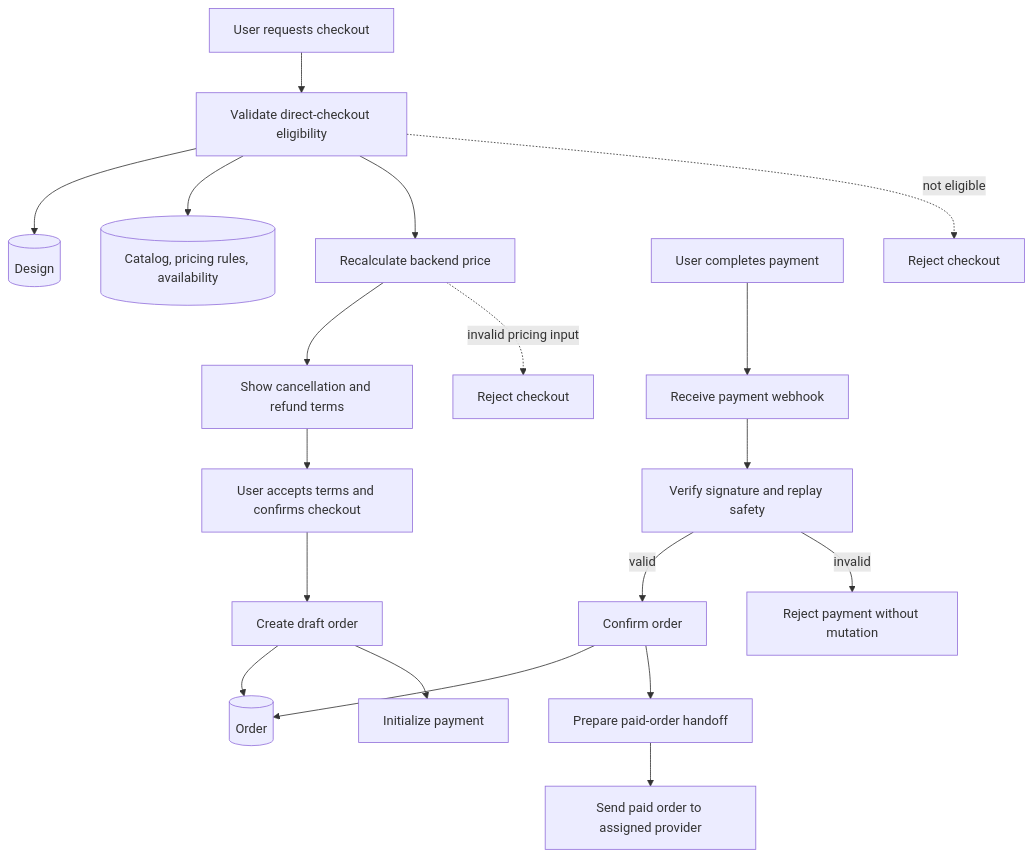
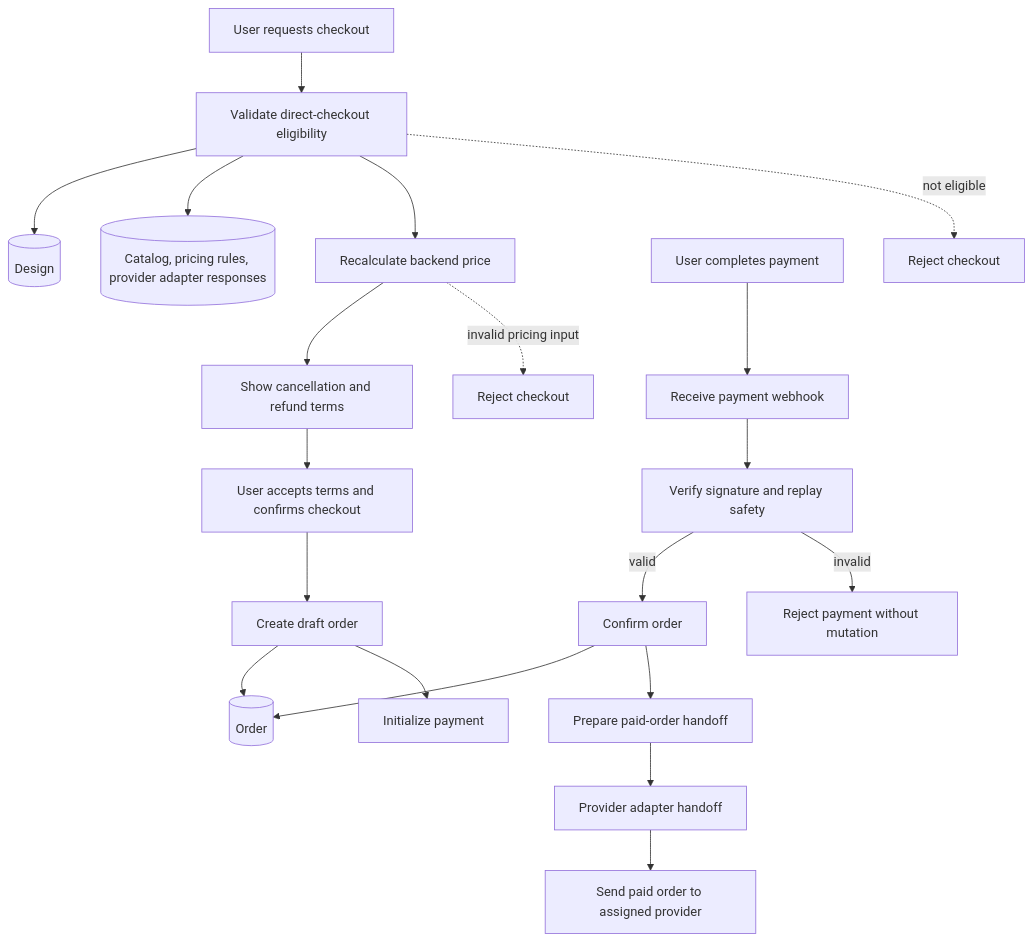
One commit to jovillal/placamia changed the diagram in docs/flows/checkout-flow.md. Above: the diagram before and after it, drawn with Mermaid. The commit also changed other lines of this file and 18 other files, not shown here.

Commit message:
docs: define provider adapter contract roadmap

````diff
--- a/docs/flows/checkout-flow.md
+++ b/docs/flows/checkout-flow.md
@@ -16,30 +16,31 @@
 ```mermaid
 flowchart TD
     U1[User requests checkout] --> B1[Validate direct-checkout eligibility]
 
     B1 --> D1[(Design)]
-    B1 --> D2[(Catalog, pricing rules, availability)]
+    B1 --> D2[(Catalog, pricing rules, provider adapter responses)]
 
     B1 --> B2[Recalculate backend price]
     B2 --> B3[Show cancellation and refund terms]
     B3 --> U2[User accepts terms and confirms checkout]
 
     U2 --> B4[Create draft order]
     B4 --> D3[(Order)]
 
     B4 --> B5[Initialize payment]
 
     U3[User completes payment] --> B6[Receive payment webhook]
 
     B6 --> B7[Verify signature and replay safety]
 
     B7 -->|valid| B8[Confirm order]
     B7 -->|invalid| R1[Reject payment without mutation]
 
     B8 --> D3
     B8 --> B9[Prepare paid-order handoff]
-    B9 --> P1[Send paid order to assigned provider]
+    B9 --> A1[Provider adapter handoff]
+    A1 --> P1[Send paid order to assigned provider]
 
     B1 -. not eligible .-> R2[Reject checkout]
     B2 -. invalid pricing input .-> R3[Reject checkout]
 ```
````
